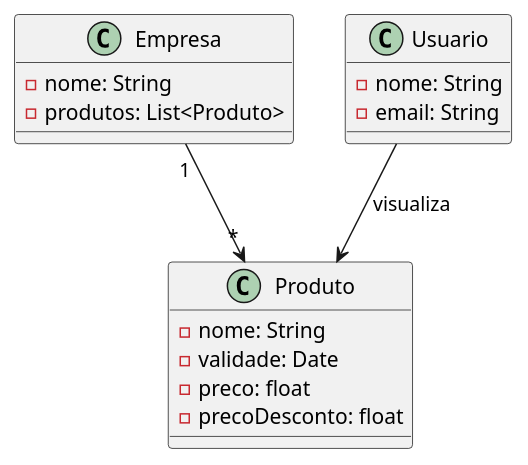
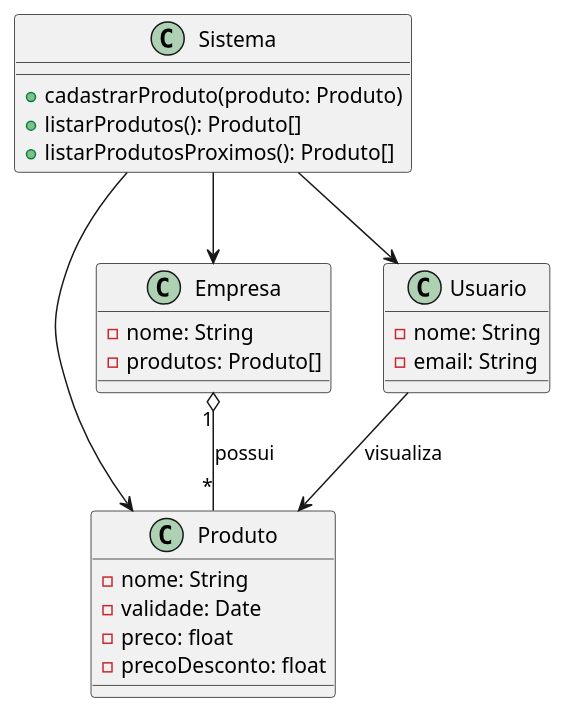
The diagram in docs/diagrama-classes.puml (jandersonhp/valimarket), drawn with PlantUML before and after one commit. The commit also changed 3 other files, not shown here.

```diff
--- a/docs/diagrama-classes.puml
+++ b/docs/diagrama-classes.puml
@@ -1,23 +1,44 @@
-@startuml
+@startuml valimarket
+
+' =========================
+' Classes principais
+' =========================
 
 class Produto {
   - nome: String
   - validade: Date
   - preco: float
   - precoDesconto: float
 }
 
 class Empresa {
   - nome: String
-  - produtos: List<Produto>
+  - produtos: Produto[]
 }
 
 class Usuario {
   - nome: String
   - email: String
 }
 
-Empresa "1" --> "*" Produto
+' =========================
+' Classe do sistema (backend)
+' =========================
+
+class Sistema {
+  + cadastrarProduto(produto: Produto)
+  + listarProdutos(): Produto[]
+  + listarProdutosProximos(): Produto[]
+}
+
+' =========================
+' Relacionamentos
+' =========================
+
+Empresa "1" o-- "*" Produto : possui
 Usuario --> Produto : visualiza
+Sistema --> Produto
+Sistema --> Empresa
+Sistema --> Usuario
 
 @enduml
```
